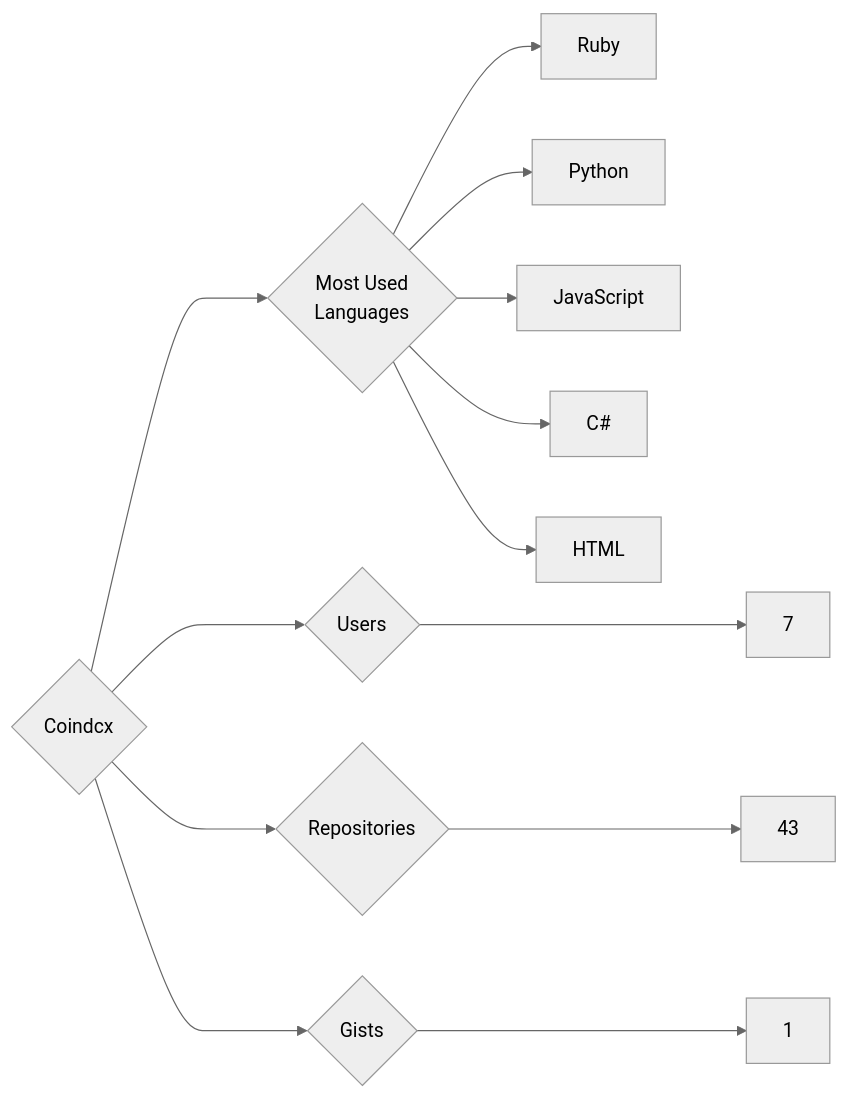
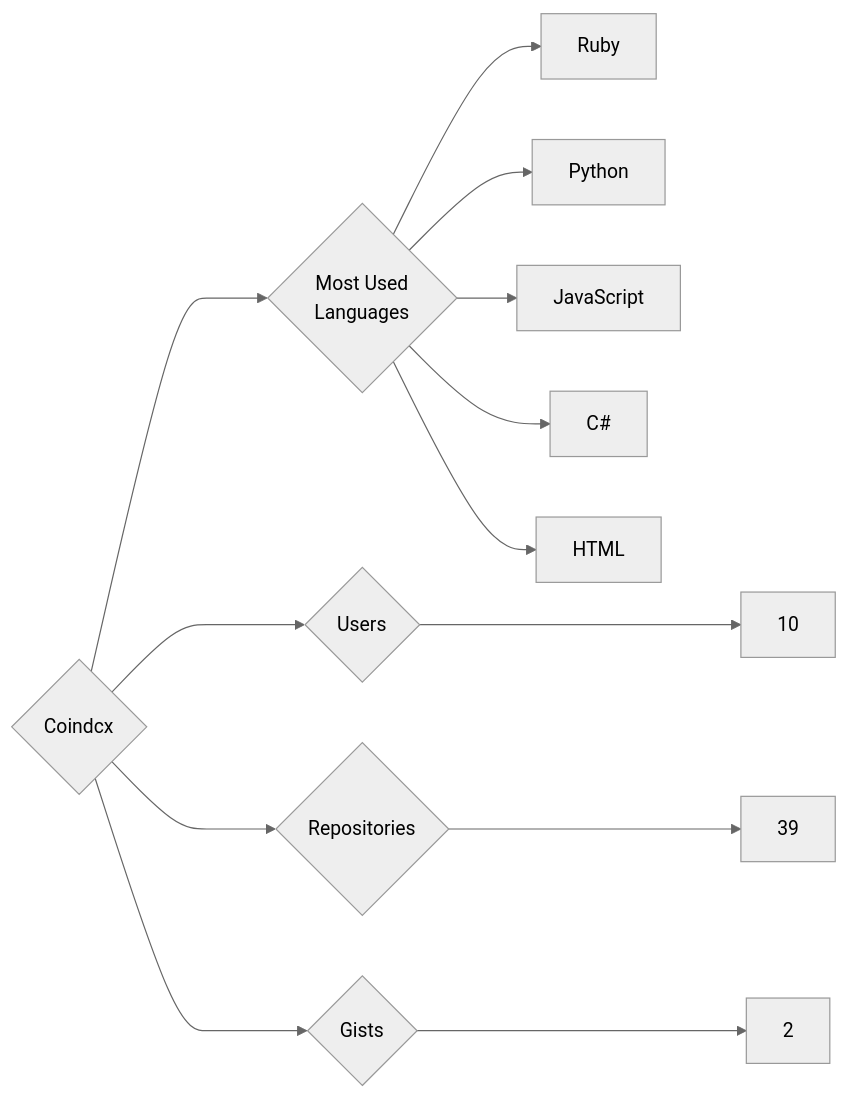
One commit to trickest/insiders changed the diagram in targets/Coindcx/README.md. Above: the diagram before and after it, drawn with Mermaid (neutral theme). The commit also changed 1141 other files, not shown here.

````diff
--- a/targets/Coindcx/README.md
+++ b/targets/Coindcx/README.md
@@ -3,13 +3,13 @@
 ```mermaid
 graph LR
 COMPANY_NAME{Coindcx}
-COMPANY_NAME ---> U{Users} ---> UN[7]
-COMPANY_NAME ---> R{Repositories} ---> RN[43]
-COMPANY_NAME ---> G{Gists} ---> GN[1]
+COMPANY_NAME ---> U{Users} ---> UN[10]
+COMPANY_NAME ---> R{Repositories} ---> RN[39]
+COMPANY_NAME ---> G{Gists} ---> GN[2]
 COMPANY_NAME ---> ML{Most Used<br>Languages}
 ML --> Ruby[Ruby]
 ML --> Python[Python]
 ML --> JavaScript[JavaScript]
 ML --> C#[C#]
 ML --> HTML[HTML]
 ```
````
